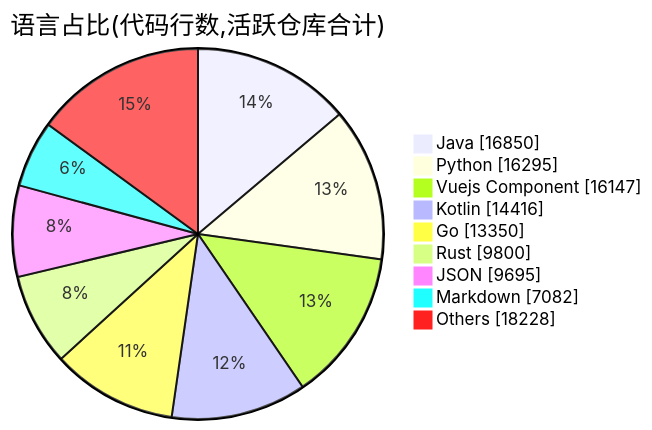
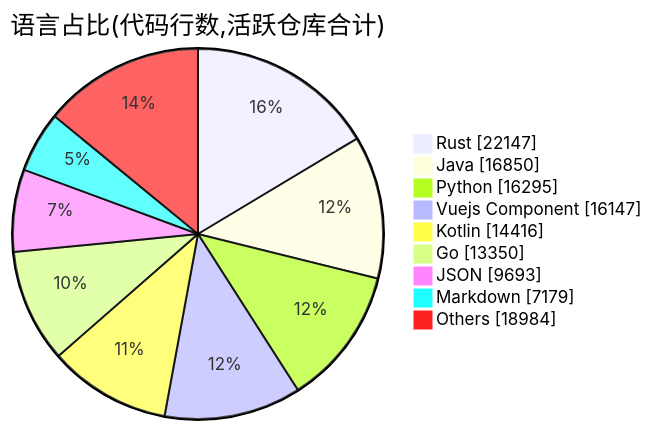
The second of 2 diagrams in profile/README.md (Conflux-Union/.github), drawn with Mermaid before and after one commit. The commit also changed other lines of this file and 1 other file, not shown here.

````diff
--- a/profile/README.md
+++ b/profile/README.md
@@ -78,13 +78,13 @@
 ```mermaid
 pie showData
     title 语言占比(代码行数,活跃仓库合计)
+    "Rust" : 22147
     "Java" : 16850
     "Python" : 16295
     "Vuejs Component" : 16147
     "Kotlin" : 14416
     "Go" : 13350
-    "Rust" : 9800
-    "JSON" : 9695
-    "Markdown" : 7082
-    "Others" : 18228
+    "JSON" : 9693
+    "Markdown" : 7179
+    "Others" : 18984
 ```
````
